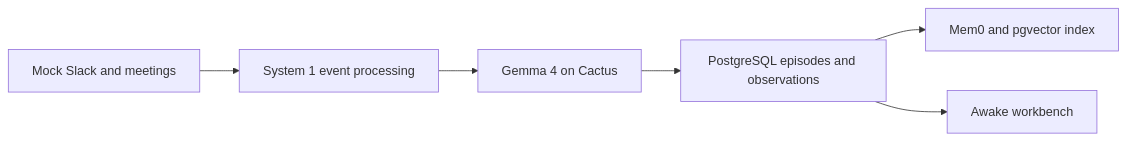
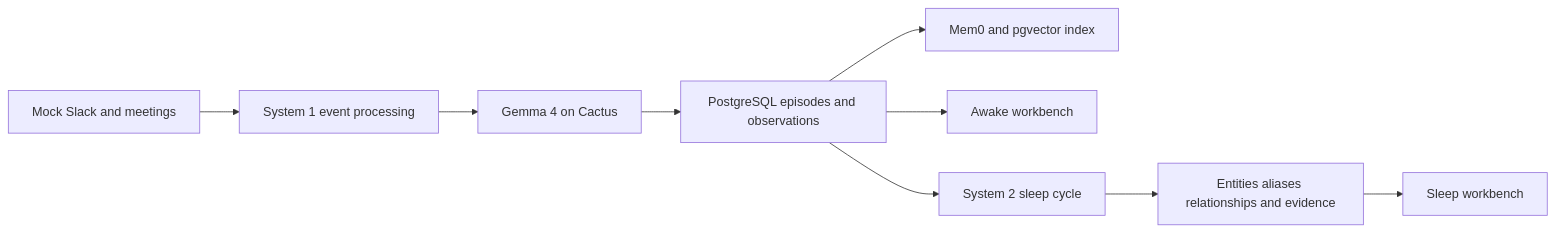
Before and after one commit to devabhixda/Synapse: the diagram in README.md, drawn with Mermaid. The commit also changed other lines of this file and 2 other files, not shown here.

Commit message:
feat: add System 2 sleep workbench

````diff
--- a/README.md
+++ b/README.md
@@ -9,8 +11,11 @@
 ```mermaid
 flowchart LR
 	A[Mock Slack and meetings] --> B[System 1 event processing]
 	B --> C[Gemma 4 on Cactus]
 	C --> D[PostgreSQL episodes and observations]
 	D --> E[Mem0 and pgvector index]
 	D --> F[Awake workbench]
+	D --> G[System 2 sleep cycle]
+	G --> H[Entities aliases relationships and evidence]
+	H --> I[Sleep workbench]
 ```
````
